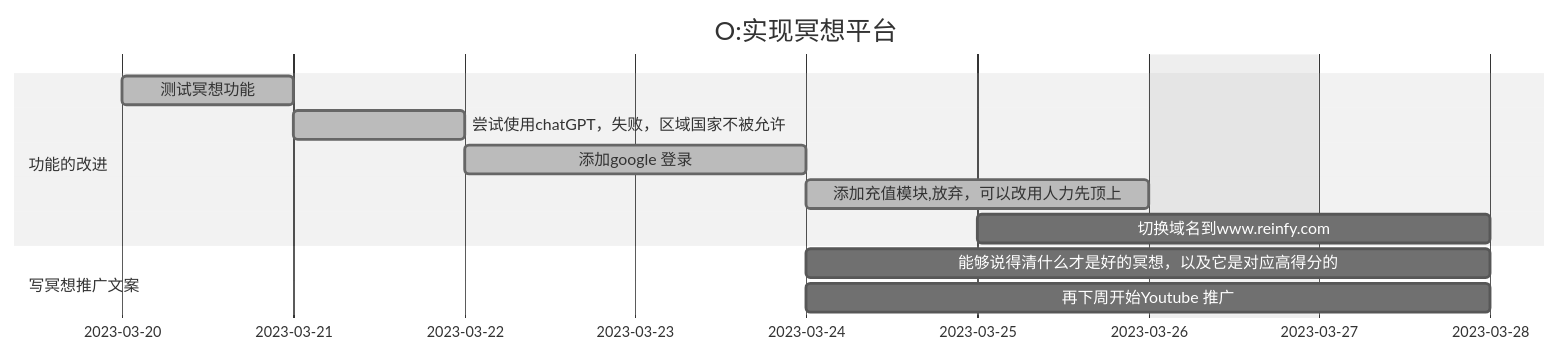
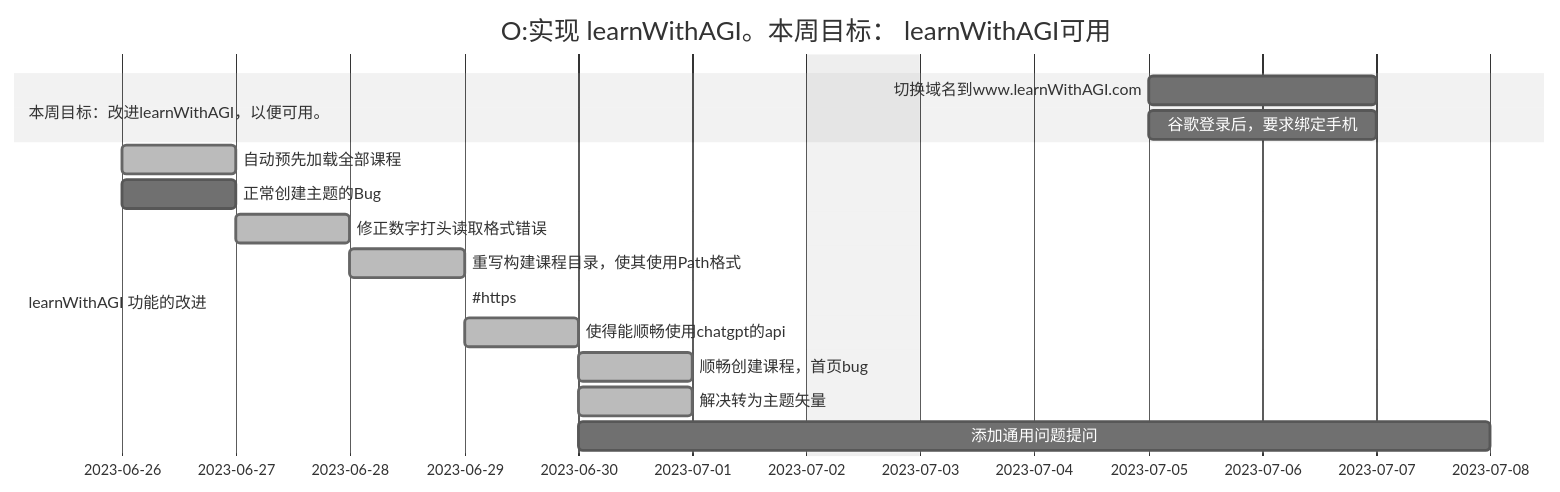
The diagram in content/okr/Weekly.md (yangkequn/ykq.github.io), drawn with Mermaid (neutral theme) before and after one commit. The commit also changed other lines of this file and 24 other files, not shown here.

````diff
--- a/content/okr/Weekly.md
+++ b/content/okr/Weekly.md
@@ -8,19 +8,30 @@
 ``` mermaid
 gantt
-    title O:实现冥想平台
+    title O:实现 learnWithAGI。本周目标： learnWithAGI可用
     dateFormat  YYYY-MM-DD
     excludes    sunday
 
 
-    section 功能的改进
-    测试冥想功能: done,2023-03-20,1d
-    尝试使用chatGPT，失败，区域国家不被允许:done,2023-03-21,1d
-    添加google 登录:done,2023-03-22,2d
-    添加充值模块,放弃，可以改用人力先顶上:done,2023-03-24,2d
-    切换域名到www.reinfy.com:2023-03-25,2d
-    section 写冥想推广文案
-    能够说得清什么才是好的冥想，以及它是对应高得分的:2023-03-24,3d
-    再下周开始Youtube 推广:2023-03-24,3d
+    section  本周目标：改进learnWithAGI，以便可用。
+    切换域名到www.learnWithAGI.com:2023-07-05,2d
+    谷歌登录后，要求绑定手机:2023-07-05,2d
 
+    section learnWithAGI 功能的改进
+    自动预先加载全部课程:done,2023-06-26,1d
+    正常创建主题的Bug:2023-06-26,1d
+    修正数字打头读取格式错误:done,2023-06-27,1d
+
+    重写构建课程目录，使其使用Path格式:done,2023-06-28,1d
+
+    #https://github.com/flyingpot/chatgpt-proxy/blob/main/api/handler.go
+    使得能顺畅使用chatgpt的api:done,2023-06-29,1d
     
+    顺畅创建课程，首页bug:done,2023-06-30,1d
+    解决转为主题矢量:done,2023-06-30,1d
+    
+    添加通用问题提问:2023-06-30,7d
+    
+
+
+
 ```
````
